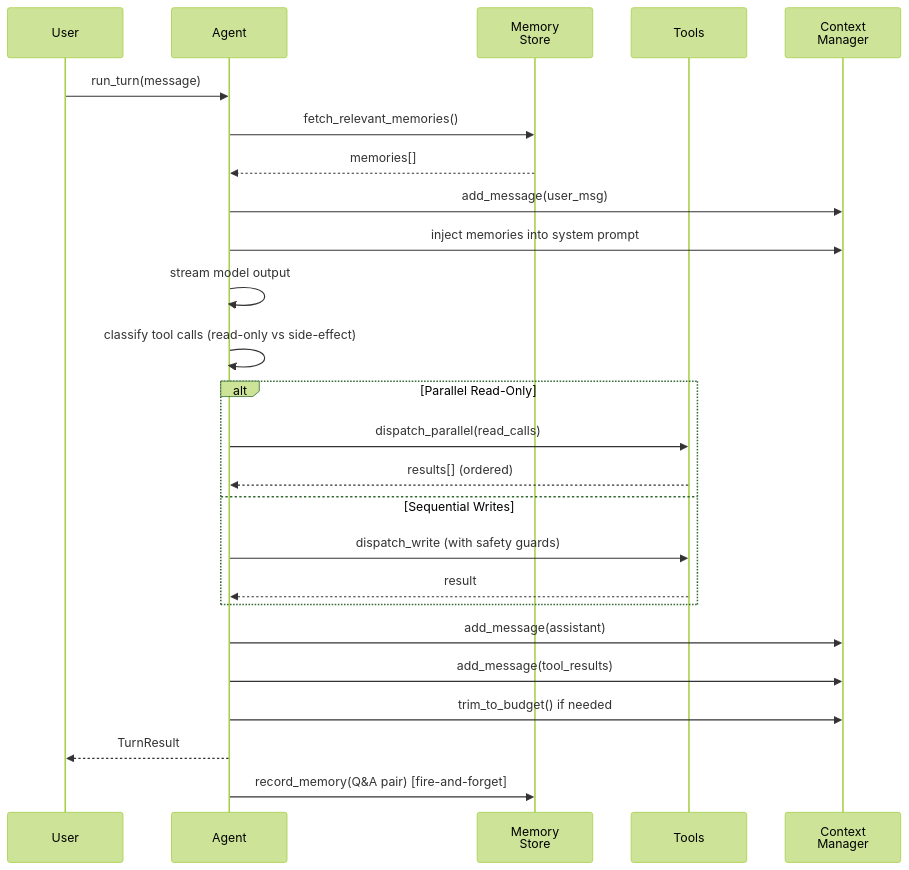
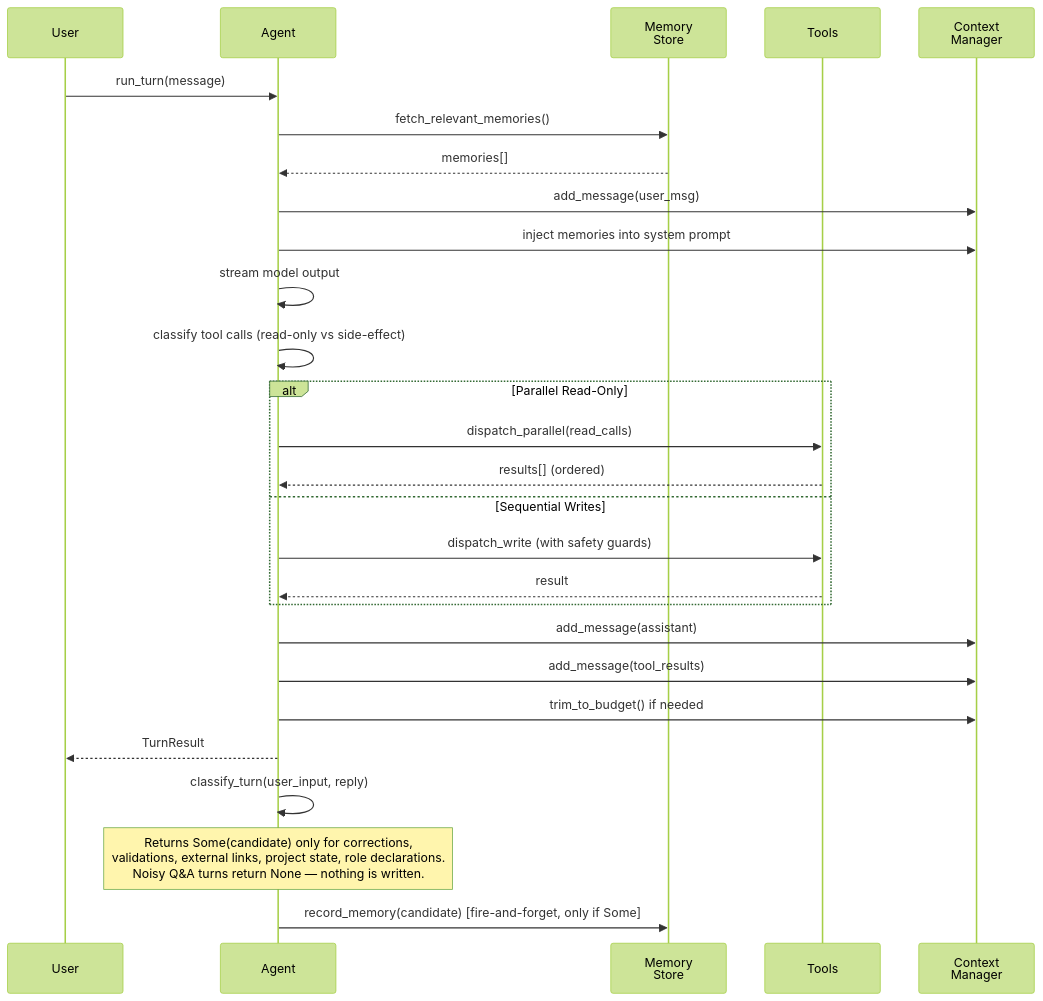
The first of 3 diagrams in docs/architecture/multi-agent-and-memory.md (wojciechkpl/hone), drawn with Mermaid (forest theme) before and after one commit. The commit also changed other lines of this file and 9 other files, not shown here.

````diff
--- a/docs/architecture/multi-agent-and-memory.md
+++ b/docs/architecture/multi-agent-and-memory.md
@@ -99,32 +99,34 @@
 ```mermaid
 sequenceDiagram
     participant User
     participant Agent
     participant MemoryStore as Memory<br/>Store
     participant Tools
     participant ContextMgr as Context<br/>Manager
     
     User->>Agent: run_turn(message)
     Agent->>MemoryStore: fetch_relevant_memories()
     MemoryStore-->>Agent: memories[]
     Agent->>ContextMgr: add_message(user_msg)
     Agent->>ContextMgr: inject memories into system prompt
     
     Agent->>Agent: stream model output
     Agent->>Agent: classify tool calls (read-only vs side-effect)
     
     alt Parallel Read-Only
         Agent->>Tools: dispatch_parallel(read_calls)
         Tools-->>Agent: results[] (ordered)
     else Sequential Writes
         Agent->>Tools: dispatch_write (with safety guards)
         Tools-->>Agent: result
     end
     
     Agent->>ContextMgr: add_message(assistant)
     Agent->>ContextMgr: add_message(tool_results)
     Agent->>ContextMgr: trim_to_budget() if needed
     
     Agent-->>User: TurnResult
-    Agent->>MemoryStore: record_memory(Q&A pair) [fire-and-forget]
+    Agent->>Agent: classify_turn(user_input, reply)
+    Note over Agent: Returns Some(candidate) only for corrections,<br/>validations, external links, project state, role declarations.<br/>Noisy Q&A turns return None — nothing is written.
+    Agent->>MemoryStore: record_memory(candidate) [fire-and-forget, only if Some]
 ```
````
